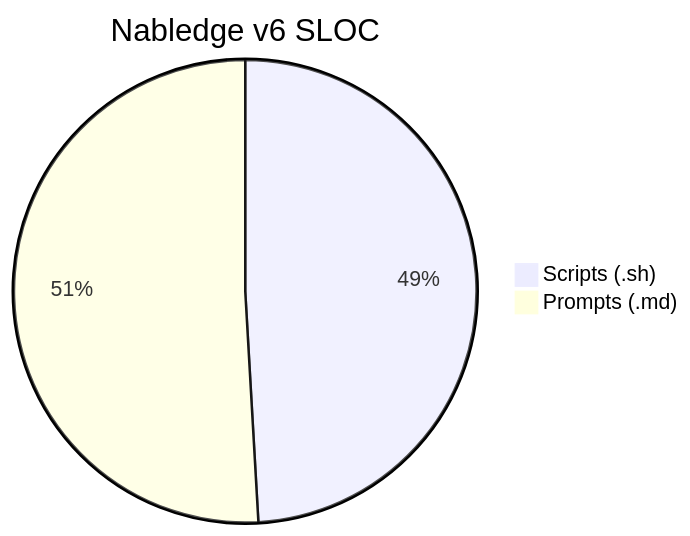
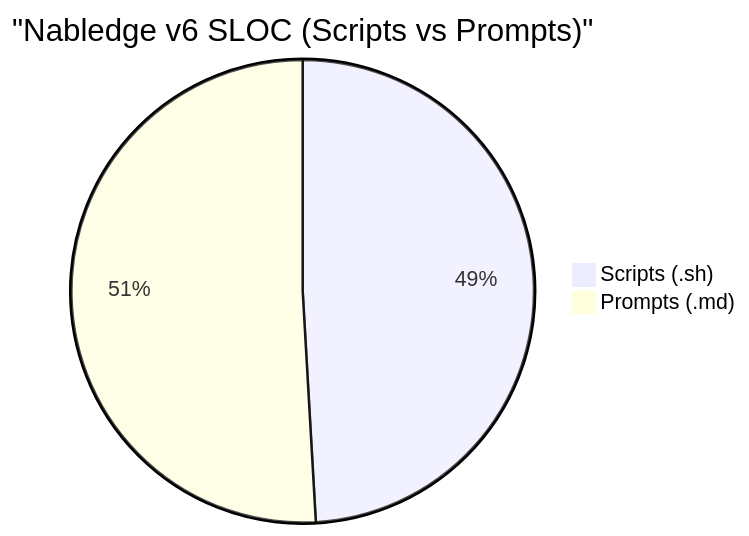
One commit to nablarch/nabledge-dev changed the ninth of 14 diagrams in docs/metrics.md. Above: the diagram before and after it, drawn with Mermaid. The commit also changed other lines of this file, not shown here.

````diff
--- a/docs/metrics.md
+++ b/docs/metrics.md
@@ -117,5 +106,5 @@
 ```mermaid
-pie title Nabledge v6 SLOC
+pie title "Nabledge v6 SLOC (Scripts vs Prompts)"
   "Scripts (.sh)" : 948
   "Prompts (.md)" : 983
 ```
````
